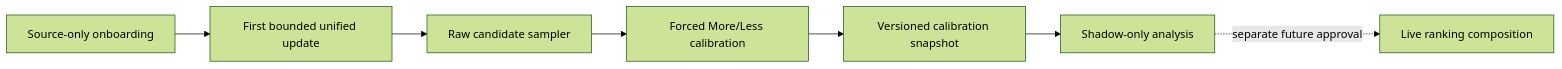
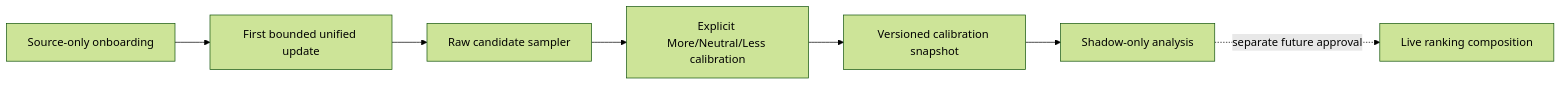
One commit to abangkis/AkuBrowser changed the diagram in contracts/calibration-engine-v0.md. Above: the diagram before and after it, drawn with Mermaid (forest theme). The commit also changed other lines of this file and 4 other files, not shown here.

````diff
--- a/contracts/calibration-engine-v0.md
+++ b/contracts/calibration-engine-v0.md
@@ -11,9 +11,9 @@
 ```mermaid
 flowchart LR
   O["Source-only onboarding"] --> U["First bounded unified update"]
   U --> S["Raw candidate sampler"]
-  S --> C["Forced More/Less calibration"]
+  S --> C["Explicit More/Neutral/Less calibration"]
   C --> P["Versioned calibration snapshot"]
   P --> X["Shadow-only analysis"]
   X -. "separate future approval" .-> R["Live ranking composition"]
 ```
````
